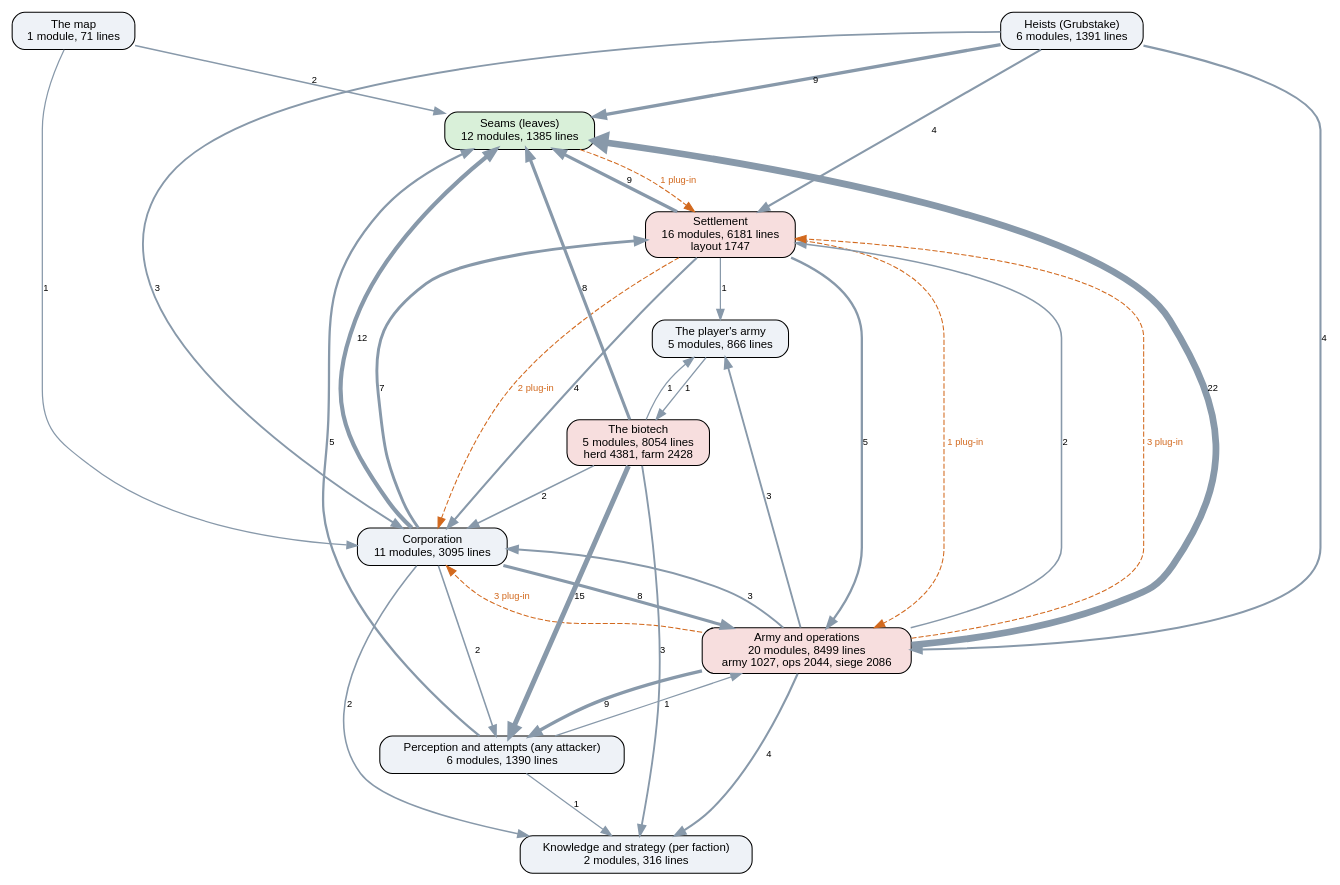
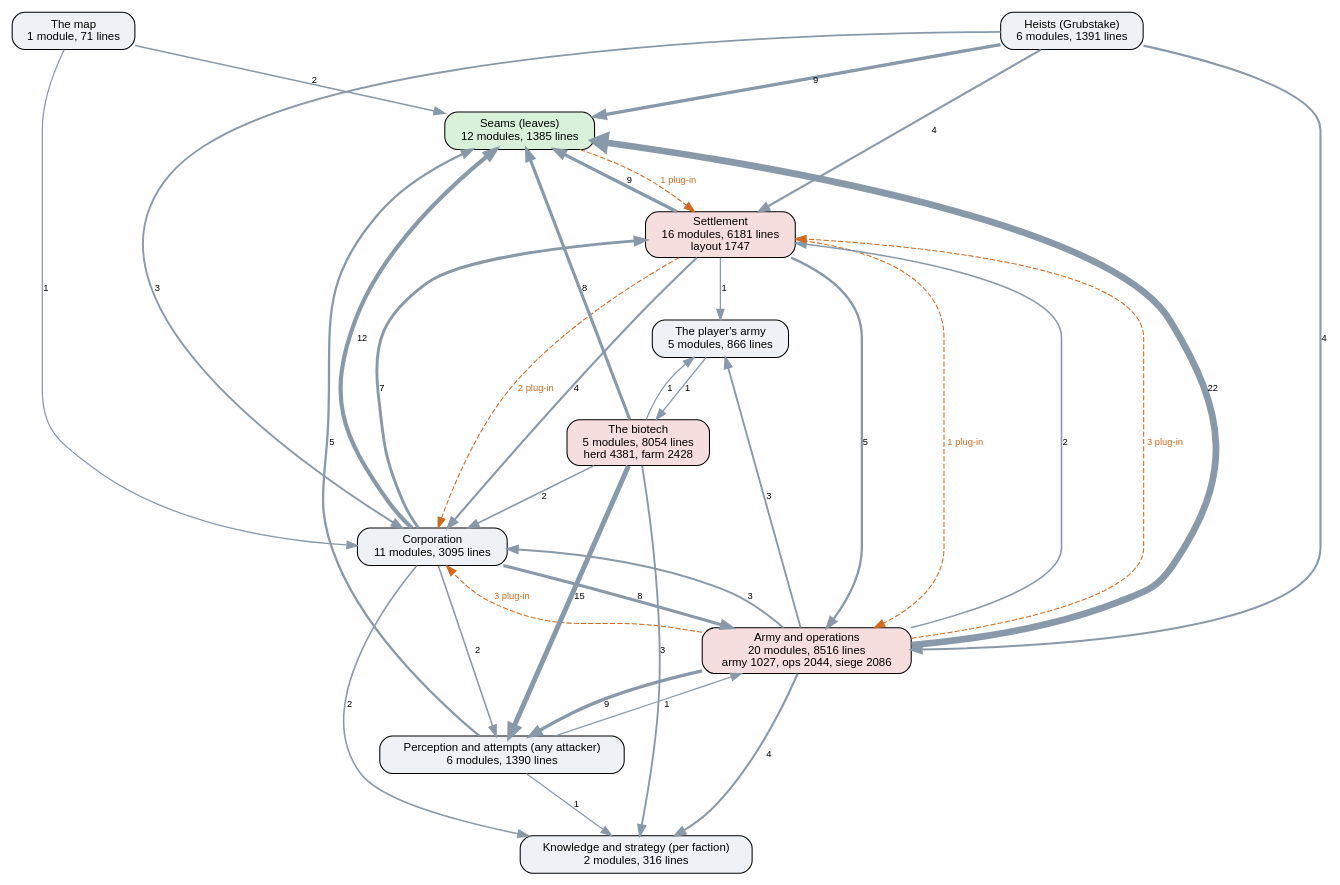
One commit to kinelhu/landing-party changed the diagram in docs/ai-layers.dot. Above: the diagram before and after it, drawn with Graphviz. The commit also changed 10 other files, not shown here.

```diff
--- a/docs/ai-layers.dot
+++ b/docs/ai-layers.dot
@@ -1,50 +1,50 @@
 digraph layers {
   graph [rankdir=TB, fontname="Helvetica", nodesep=0.5, ranksep=0.7];
   node [shape=box, style="rounded,filled", fontname="Helvetica", fontsize=11, fillcolor="#eef2f7"];
   edge [color="#8899aa", fontname="Helvetica", fontsize=9];
   "Seams (leaves)" [label="Seams (leaves)\n12 modules, 1385 lines", fillcolor="#d9f0d9"];
   "Perception and attempts (any attacker)" [label="Perception and attempts (any attacker)\n6 modules, 1390 lines", fillcolor="#eef2f7"];
   "Knowledge and strategy (per faction)" [label="Knowledge and strategy (per faction)\n2 modules, 316 lines", fillcolor="#eef2f7"];
   "Corporation" [label="Corporation\n11 modules, 3095 lines", fillcolor="#eef2f7"];
   "Settlement" [label="Settlement\n16 modules, 6181 lines\nlayout 1747", fillcolor="#f7dede"];
-  "Army and operations" [label="Army and operations\n20 modules, 8499 lines\narmy 1027, ops 2044, siege 2086", fillcolor="#f7dede"];
+  "Army and operations" [label="Army and operations\n20 modules, 8516 lines\narmy 1027, ops 2044, siege 2086", fillcolor="#f7dede"];
   "Heists (Grubstake)" [label="Heists (Grubstake)\n6 modules, 1391 lines", fillcolor="#eef2f7"];
   "The biotech" [label="The biotech\n5 modules, 8054 lines\nherd 4381, farm 2428", fillcolor="#f7dede"];
   "The map" [label="The map\n1 module, 71 lines", fillcolor="#eef2f7"];
   "The player's army" [label="The player's army\n5 modules, 866 lines", fillcolor="#eef2f7"];
   "Army and operations" -> "Corporation" [label="3", penwidth=1.8];
   "Army and operations" -> "Knowledge and strategy (per faction)" [label="4", penwidth=2.0];
   "Army and operations" -> "Perception and attempts (any attacker)" [label="9", penwidth=3.2];
   "Army and operations" -> "Seams (leaves)" [label="22", penwidth=6.5];
   "Army and operations" -> "Settlement" [label="2", penwidth=1.5];
   "Army and operations" -> "The player's army" [label="3", penwidth=1.8];
   "Corporation" -> "Army and operations" [label="8", penwidth=3.0];
   "Corporation" -> "Knowledge and strategy (per faction)" [label="2", penwidth=1.5];
   "Corporation" -> "Perception and attempts (any attacker)" [label="2", penwidth=1.5];
   "Corporation" -> "Seams (leaves)" [label="12", penwidth=4.0];
   "Corporation" -> "Settlement" [label="7", penwidth=2.8];
   "Heists (Grubstake)" -> "Army and operations" [label="4", penwidth=2.0];
   "Heists (Grubstake)" -> "Corporation" [label="3", penwidth=1.8];
   "Heists (Grubstake)" -> "Seams (leaves)" [label="9", penwidth=3.2];
   "Heists (Grubstake)" -> "Settlement" [label="4", penwidth=2.0];
   "Perception and attempts (any attacker)" -> "Army and operations" [label="1", penwidth=1.2];
   "Perception and attempts (any attacker)" -> "Knowledge and strategy (per faction)" [label="1", penwidth=1.2];
   "Perception and attempts (any attacker)" -> "Seams (leaves)" [label="5", penwidth=2.2];
   "Settlement" -> "Army and operations" [label="5", penwidth=2.2];
   "Settlement" -> "Corporation" [label="4", penwidth=2.0];
   "Settlement" -> "Seams (leaves)" [label="9", penwidth=3.2];
   "Settlement" -> "The player's army" [label="1", penwidth=1.2];
   "The biotech" -> "Corporation" [label="2", penwidth=1.5];
   "The biotech" -> "Knowledge and strategy (per faction)" [label="3", penwidth=1.8];
   "The biotech" -> "Perception and attempts (any attacker)" [label="15", penwidth=4.8];
   "The biotech" -> "Seams (leaves)" [label="8", penwidth=3.0];
   "The biotech" -> "The player's army" [label="1", penwidth=1.2];
   "The map" -> "Corporation" [label="1", penwidth=1.2];
   "The map" -> "Seams (leaves)" [label="2", penwidth=1.5];
   "The player's army" -> "The biotech" [label="1", penwidth=1.2];
   "Army and operations" -> "Corporation" [style=dashed, color="#d2691e", fontcolor="#d2691e", label="3 plug-in"];
   "Army and operations" -> "Settlement" [style=dashed, color="#d2691e", fontcolor="#d2691e", label="3 plug-in"];
   "Seams (leaves)" -> "Settlement" [style=dashed, color="#d2691e", fontcolor="#d2691e", label="1 plug-in"];
   "Settlement" -> "Army and operations" [style=dashed, color="#d2691e", fontcolor="#d2691e", label="1 plug-in"];
   "Settlement" -> "Corporation" [style=dashed, color="#d2691e", fontcolor="#d2691e", label="2 plug-in"];
 }
```
